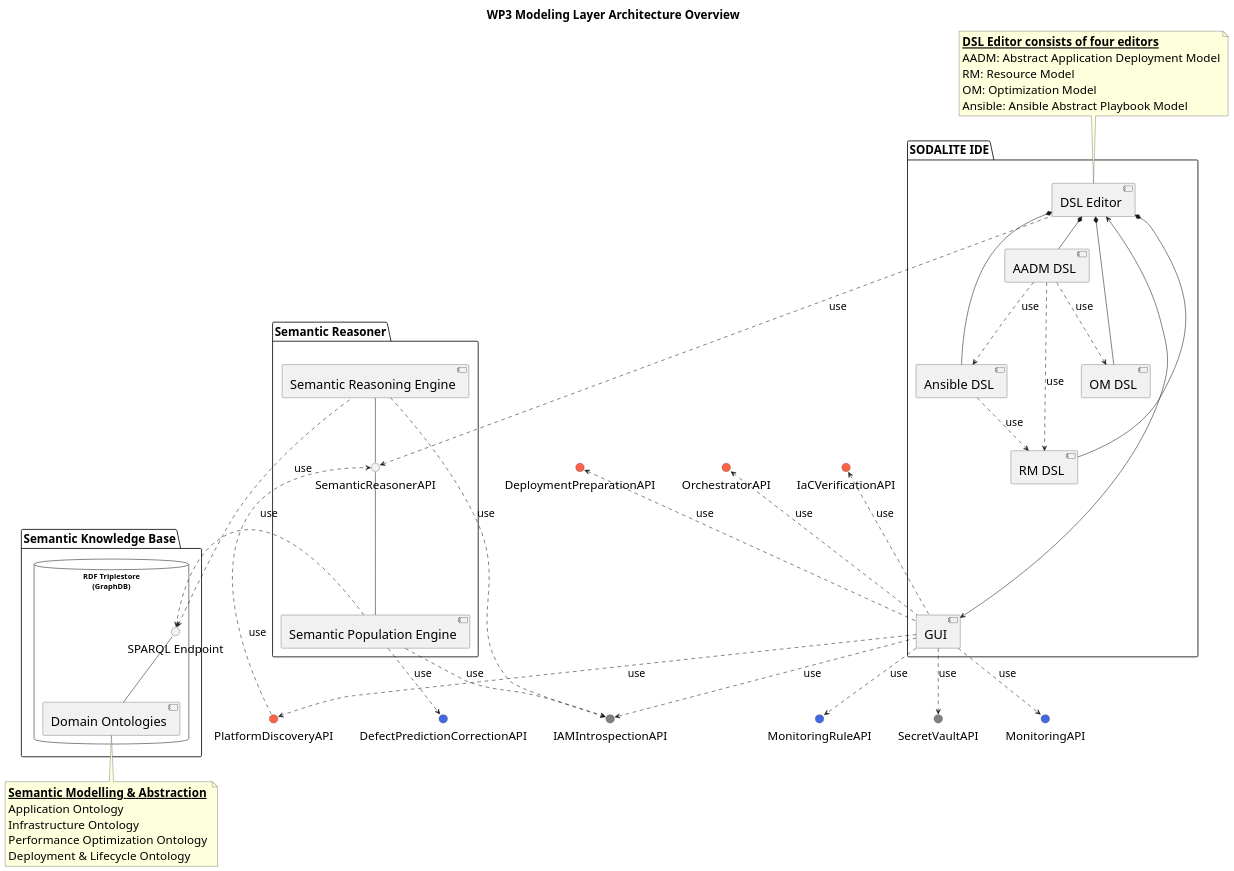
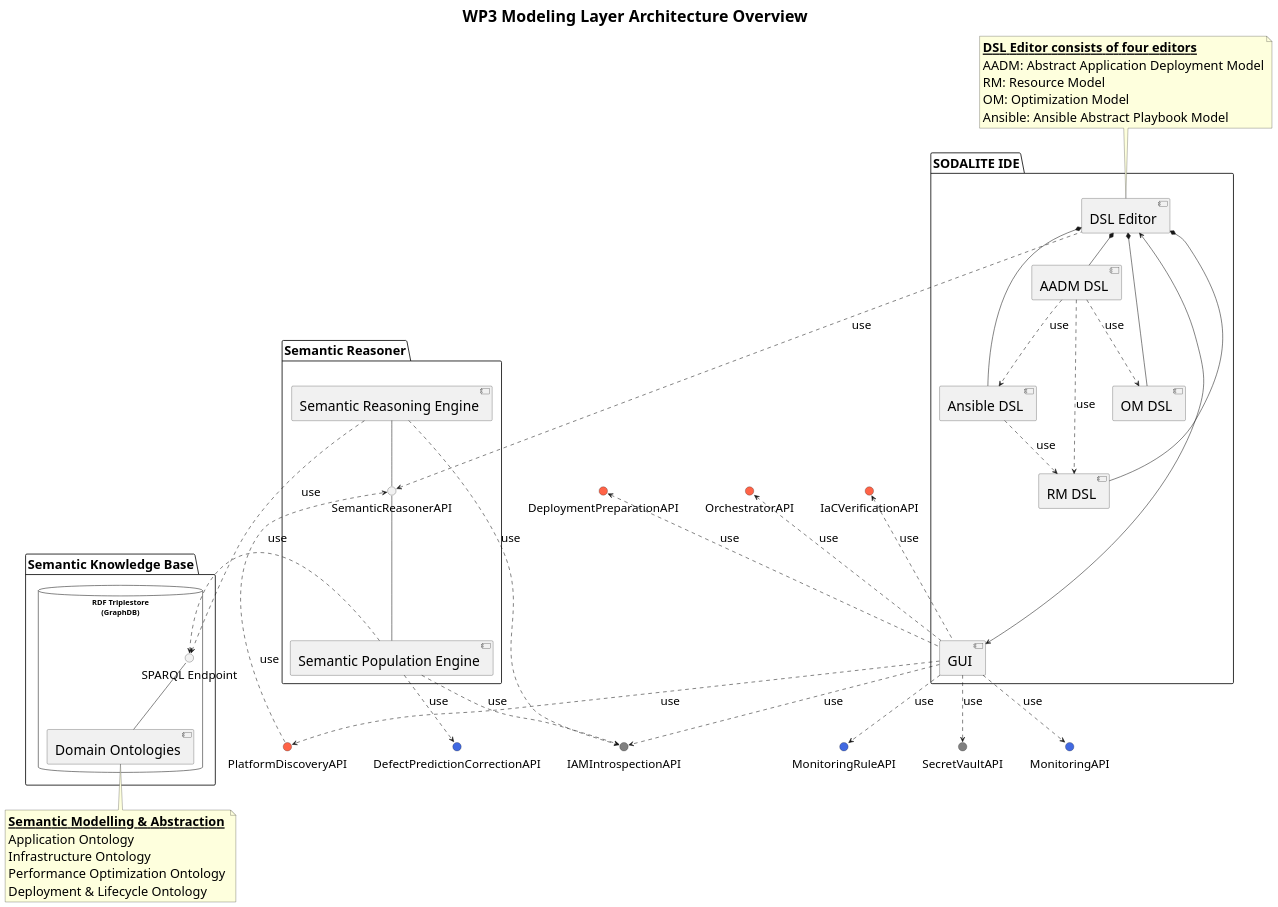
Before and after one commit to SODALITE-EU/project-wide-documentation: the diagram in uml/component-diagrams/CD-WP3-ArchitectureOverview.puml, drawn with PlantUML.

Commit message:
Increasing fonts

```diff
--- a/uml/component-diagrams/CD-WP3-ArchitectureOverview.puml
+++ b/uml/component-diagrams/CD-WP3-ArchitectureOverview.puml
@@ -1,89 +1,88 @@
 @startuml
 title WP3 Modeling Layer Architecture Overview
-skinparam componentFontSize 24
-skinparam componentArrowFontSize 20
-skinparam packageFontSize 22
+skinparam componentFontSize 26
+skinparam componentArrowFontSize 22
+skinparam packageFontSize 24
 skinparam interfaceFontSize 22
-skinparam titleFontSize 22
-skinparam NoteFontSize 22
-
+skinparam titleFontSize 30
+skinparam NoteFontSize 24
 
 
 interface "IAMIntrospectionAPI" as AAUAPI #808080
 interface "SecretVaultAPI" as SecretVaultAPI #808080
 interface "DeploymentPreparationAPI" as deploymentPreparationAPI #FF6347
 interface "DefectPredictionCorrectionAPI" as correctionAPI #4169E1
 interface "MonitoringAPI" as monitoringAPI #4169E1
 interface "MonitoringRuleAPI" as monitoringRuleAPI #4169E1
 interface "IaCVerificationAPI" as iacverificationAPI #FF6347
 interface "OrchestratorAPI" as orchestratorAPI #FF6347
 interface "PlatformDiscoveryAPI" as PDS #FF6347
 
 package "SODALITE IDE" as IDE {
     component [DSL Editor] as ideDSLeditor
     component [AADM DSL] as AADM
     component [RM DSL] as RM
     component [OM DSL] as OM
     component [Ansible DSL] as Ansible
 
     ideDSLeditor *-- AADM
     ideDSLeditor *-- RM
     ideDSLeditor *-- OM
     ideDSLeditor *-- Ansible
     AADM ..> Ansible: use
     AADM ..> RM: use
     AADM ..> OM: use
     Ansible ..> RM :use
     component [GUI] as ideGUI
 }
 
 note top of ideDSLeditor
    __**DSL Editor consists of four editors**__ 
    AADM: Abstract Application Deployment Model
    RM: Resource Model
    OM: Optimization Model
    Ansible: Ansible Abstract Playbook Model
 end note
 
 
 package "Semantic Reasoner" as res {
     interface "SemanticReasonerAPI" as resAPI
     component [Semantic Population Engine] as resPopulationEngine
     component [Semantic Reasoning Engine] as resReasoningEngine
 }
 
 package "Semantic Knowledge Base" as repo {
     database "RDF Triplestore\n(GraphDB)" as triplestore {
         interface "SPARQL Endpoint" as repoEndpoint
         component [Domain Ontologies] as repoOntologies
     }
 }
 
 note bottom of repoOntologies
    __**Semantic Modelling & Abstraction**__ 
    Application Ontology
    Infrastructure Ontology
    Performance Optimization Ontology
    Deployment & Lifecycle Ontology
 end note
 
 ideGUI ..> PDS : use
 PDS ..> resAPI : use
 resAPI -down- resPopulationEngine
 resAPI -up- resReasoningEngine
 ideDSLeditor .left.> resAPI: use
 ideDSLeditor <-down----> ideGUI 
 repoOntologies -up- repoEndpoint
 resPopulationEngine .right.> repoEndpoint: use
 resReasoningEngine .left.> repoEndpoint: use
 resReasoningEngine ..> AAUAPI: use
 resPopulationEngine ..> correctionAPI: use
 resPopulationEngine ..> AAUAPI: use
 ideGUI .up.> deploymentPreparationAPI : use
 ideGUI ..> monitoringAPI : use
 ideGUI ..> monitoringRuleAPI : use
 ideGUI .up.> iacverificationAPI : use
 ideGUI ..> SecretVaultAPI : use
 ideGUI .up.> orchestratorAPI : use
 ideGUI ..> AAUAPI: use
 @enduml
```
